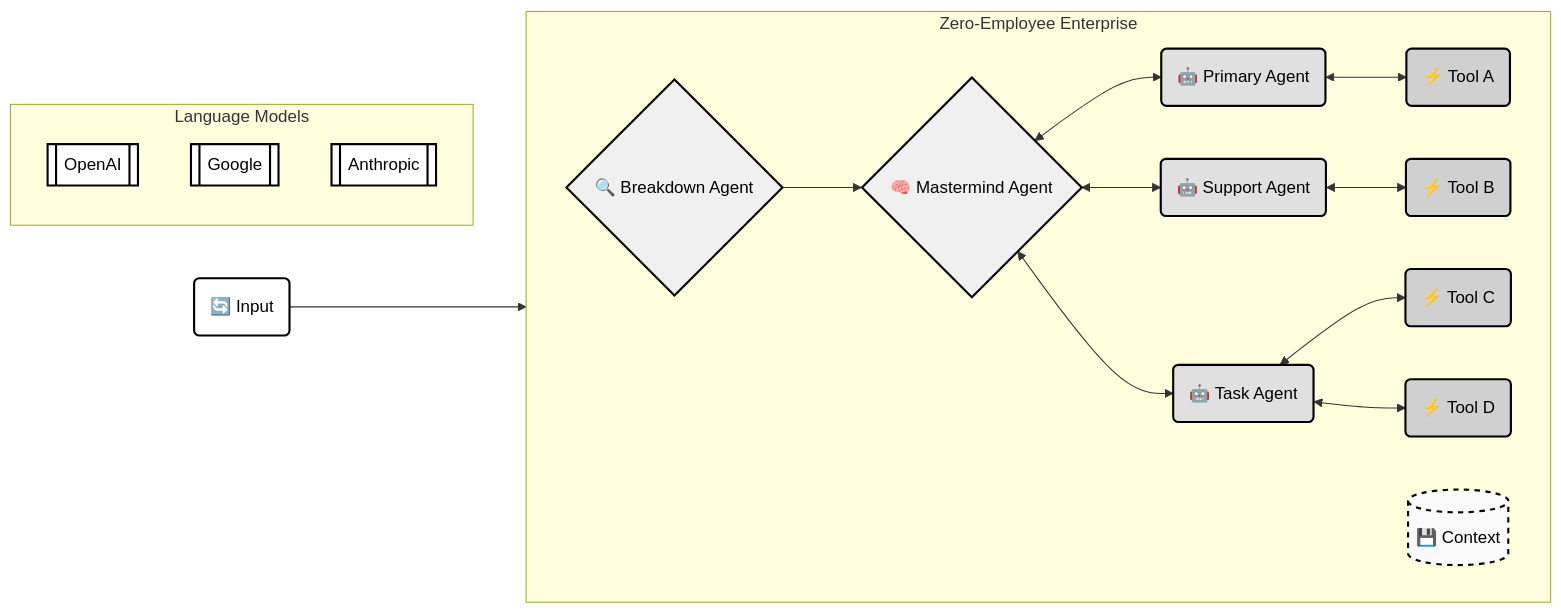
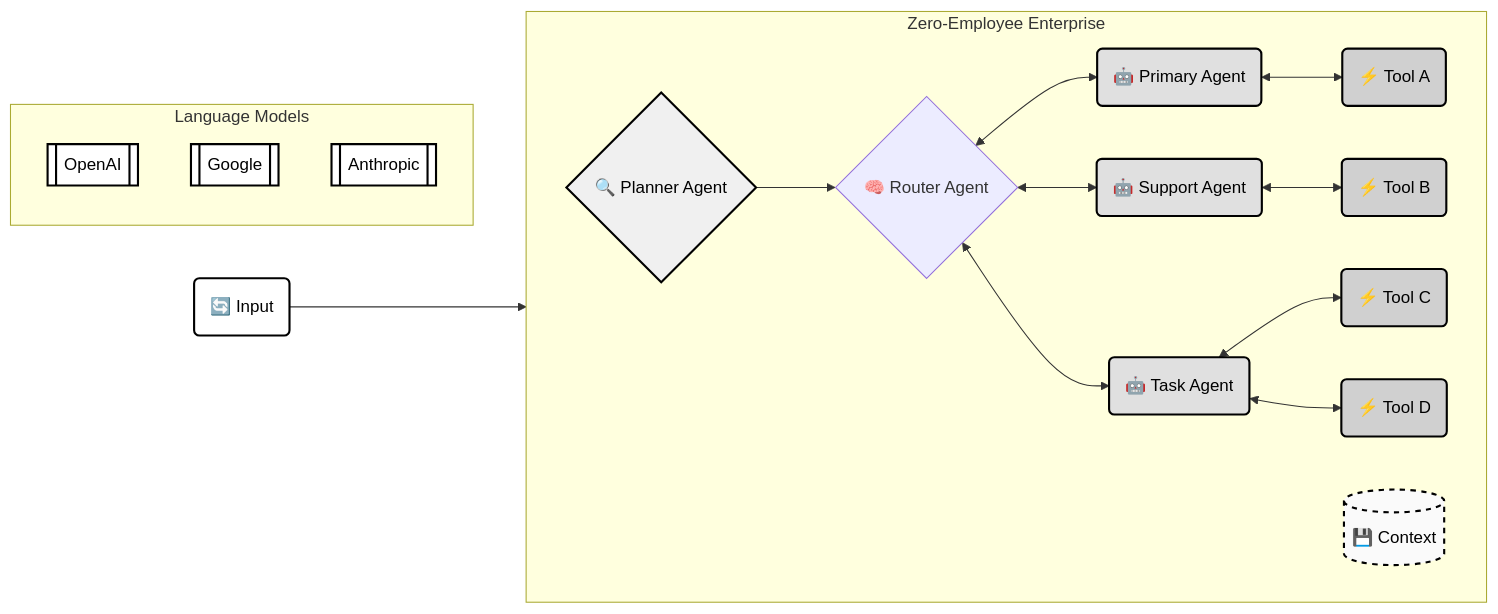
One commit to sschepis/ai-agent-sdk changed the diagram in docs/get-started/overview.mdx. Above: the diagram before and after it, drawn with Mermaid. The commit also changed 6 other files, not shown here.

````diff
--- a/docs/get-started/overview.mdx
+++ b/docs/get-started/overview.mdx
@@ -13,54 +13,54 @@
 ```mermaid
 flowchart LR
     %% Styling
     classDef input fill:#ffffff,stroke:#000000,stroke-width:2px, color:#000
-    classDef breakdown fill:#f0f0f0,stroke:#000000,stroke-width:2px, color:#000
+    classDef planner fill:#f0f0f0,stroke:#000000,stroke-width:2px, color:#000
     classDef agent fill:#e0e0e0,stroke:#000000,stroke-width:2px, color:#000
     classDef tool fill:#d0d0d0,stroke:#000000,stroke-width:2px, color:#000
     classDef state fill:#fafafa,stroke:#000000,stroke-width:2px,stroke-dasharray: 5 5, color:#000
     classDef llm fill:#ffffff,stroke:#000000,stroke-width:2px, color:#000
 
     %% Nodes
     inp1("🔄 Input")
 
     subgraph "Zero-Employee Enterprise"
         direction LR
-        breakdown{"🔍 Breakdown Agent"}
-        mastermind{"🧠 Mastermind Agent"}
+        planner{"🔍 Planner Agent"}
+        router{"🧠 Router Agent"}
         agent1("🤖 Primary Agent")
         agent2("🤖 Support Agent")
         agent3("🤖 Task Agent")
         tool1("⚡ Tool A")
         tool2("⚡ Tool B")
         tool3("⚡ Tool C")
         tool4("⚡ Tool D")
         id1[("💾 Context")]
     end
 
     subgraph "Language Models"
         direction TB
         llm1[["OpenAI"]]
         llm2[["Google"]]
         llm3[["Anthropic"]]
     end
 
     %% Connections
-    inp1 --> breakdown
-    breakdown --> mastermind
-    mastermind <--> agent1
-    mastermind <--> agent2
-    mastermind <--> agent3
+    inp1 --> planner
+    planner --> router
+    router <--> agent1
+    router <--> agent2
+    router <--> agent3
     agent1 <--> tool1
     agent2 <--> tool2
     agent3 <--> tool3
     agent3 <--> tool4
 
     %% Apply styles
     class inp1 input
-    class breakdown breakdown
-    class mastermind breakdown
+    class planner planner
+    class router router
     class agent1,agent2,agent3 agent
     class tool1,tool2,tool3,tool4 tool
     class id1 state
     class llm1,llm2,llm3 llm
 ```
````
